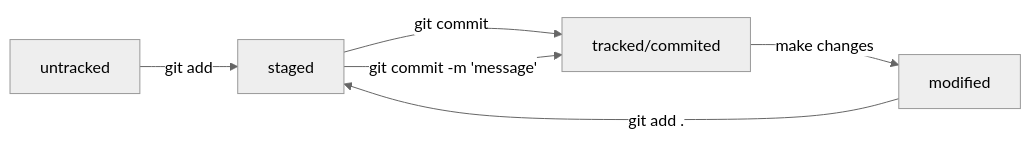
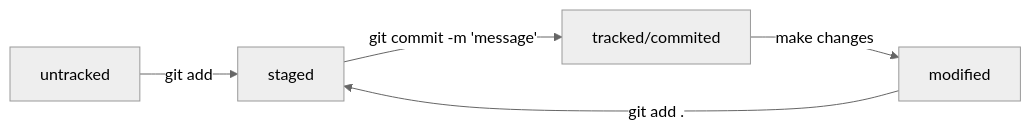
The first of 2 diagrams in README.md (rayneadm/yapr), drawn with Mermaid (neutral theme) before and after one commit.

Commit message:
fix:Change schem mermaid 1+1

````diff
--- a/README.md
+++ b/README.md
@@ -154,10 +154,9 @@
 ```mermaid
 %% schem of git files life cycle 
 graph LR;
   untracked -- "git add" --> staged;
-  staged    -- "git commit" --> tracked/commited;
   tracked/commited   -- "make changes"--> modified;
   modified  -- "git add ." --> staged;
   staged    -- "git commit -m 'message'" --> tracked/commited;
 
 ```
````
